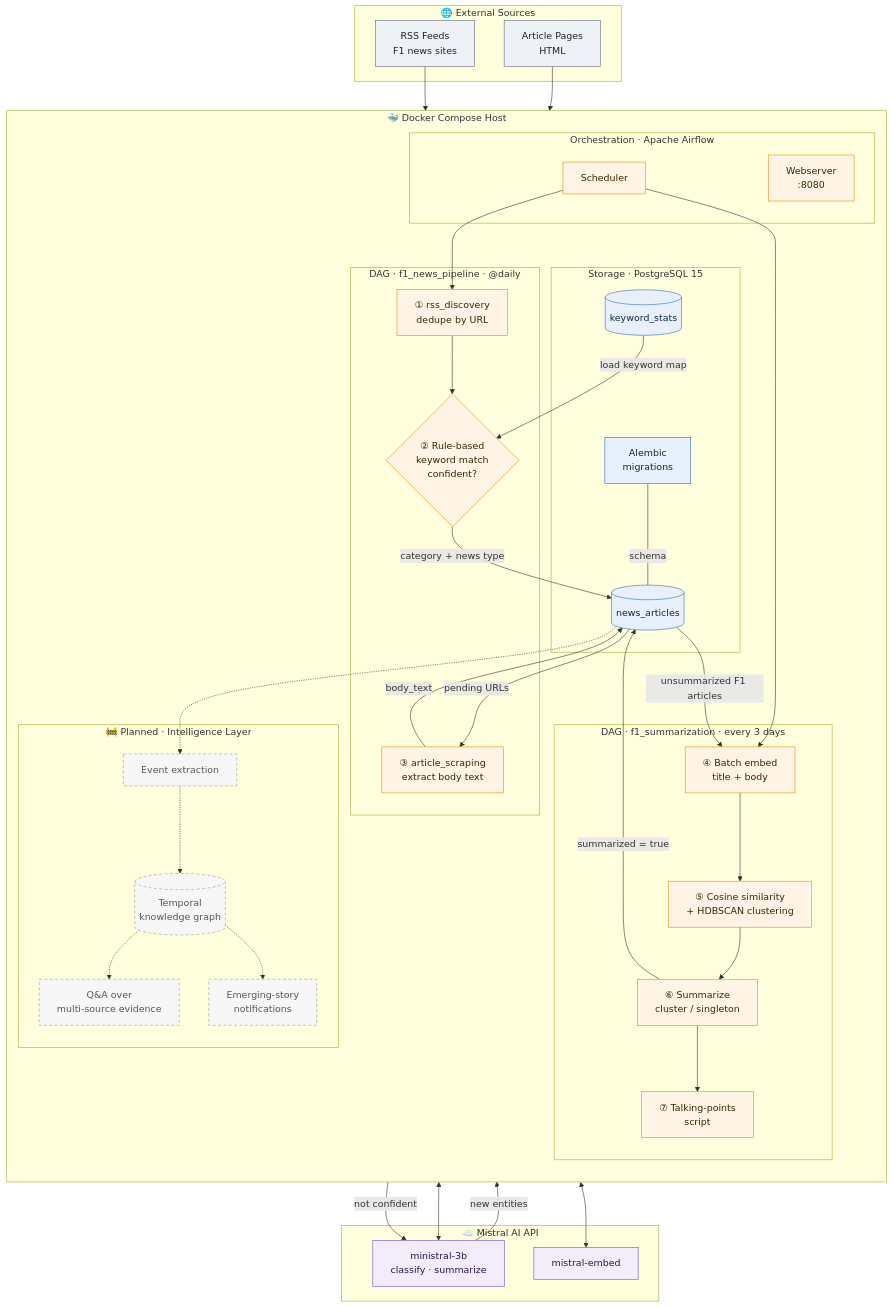
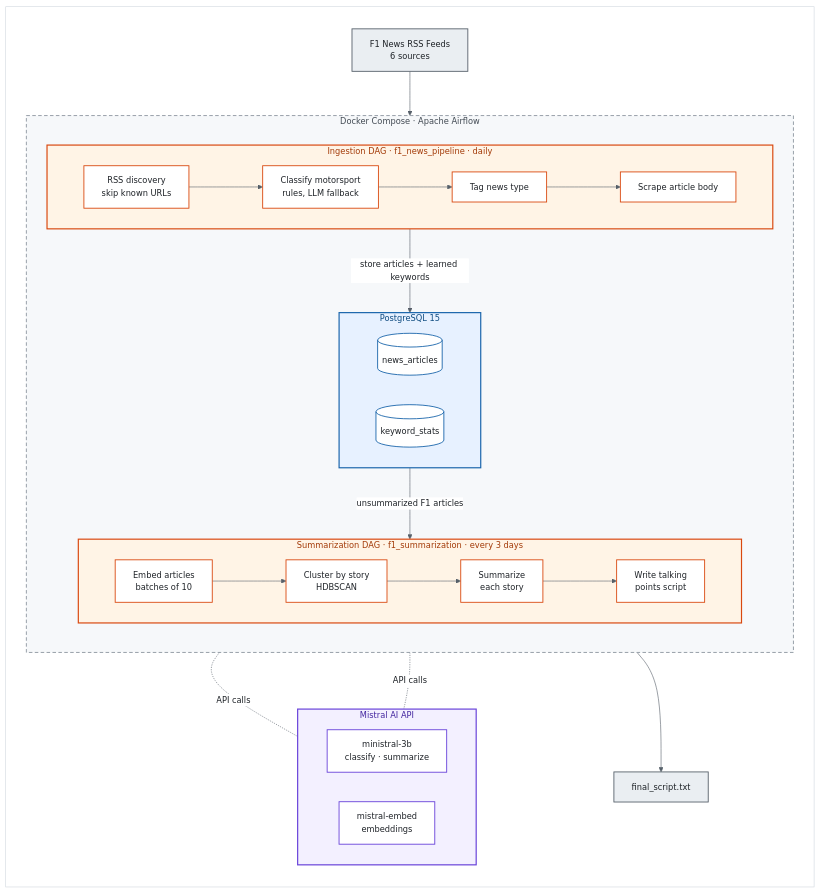
One commit to Sakin101/F1_project changed the diagram in README.md. Above: the diagram before and after it, drawn with Mermaid. The commit also changed other lines of this file, not shown here.

````diff
--- a/README.md
+++ b/README.md
@@ -7,90 +7,64 @@
 ```mermaid
+%%{init: {"theme": "base", "themeVariables": {"fontFamily": "Inter, Segoe UI, Helvetica, Arial, sans-serif", "fontSize": "14px", "primaryColor": "#ffffff", "primaryTextColor": "#1f2328", "primaryBorderColor": "#8c959f", "lineColor": "#57606a", "textColor": "#1f2328", "edgeLabelBackground": "#ffffff", "clusterBkg": "#f6f8fa", "clusterBorder": "#8c959f"}}}%%
 flowchart TB
-    %% ---------- External ----------
-    subgraph EXT["🌐 External Sources"]
-        RSS["RSS Feeds<br/>F1 news sites"]
-        WEB["Article Pages<br/>HTML"]
+    subgraph CANVAS[" "]
+        direction TB
+
+        RSS["F1 News RSS Feeds<br/>6 sources"]
+
+        subgraph HOST["Docker Compose · Apache Airflow"]
+            direction TB
+
+            subgraph ING["Ingestion DAG · f1_news_pipeline · daily"]
+                direction LR
+                A["RSS discovery<br/>skip known URLs"] --> B["Classify motorsport<br/>rules, LLM fallback"] --> C["Tag news type"] --> D["Scrape article body"]
+            end
+
+            subgraph DB["PostgreSQL 15"]
+                direction LR
+                T1[("news_articles")]
+                T2[("keyword_stats")]
+            end
+
+            subgraph SUM["Summarization DAG · f1_summarization · every 3 days"]
+                direction LR
+                E["Embed articles<br/>batches of 10"] --> F["Cluster by story<br/>HDBSCAN"] --> G["Summarize<br/>each story"] --> H["Write talking<br/>points script"]
+            end
+
+            ING -- "store articles + learned keywords" --> DB
+            DB -- "unsummarized F1 articles" --> SUM
+        end
+
+        subgraph AI["Mistral AI API"]
+            direction LR
+            M1["ministral-3b<br/>classify · summarize"]
+            M2["mistral-embed<br/>embeddings"]
+        end
+
+        OUT["final_script.txt"]
+
+        RSS --> ING
+        ING -.-|API calls| AI
+        SUM -.-|API calls| AI
+        SUM --> OUT
     end
 
-    %% ---------- Host ----------
-    subgraph HOST["🐳 Docker Compose Host"]
-        direction TB
+    %% Nodes
+    classDef io fill:#eaeef2,stroke:#57606a,stroke-width:1.5px,color:#1f2328
+    classDef task fill:#ffffff,stroke:#d9480f,stroke-width:1.5px,color:#1f2328
+    classDef table fill:#ffffff,stroke:#1864ab,stroke-width:1.5px,color:#1f2328
+    classDef model fill:#ffffff,stroke:#6741d9,stroke-width:1.5px,color:#1f2328
 
-        subgraph ORCH["Orchestration · Apache Airflow"]
-            SCHED["Scheduler"]
-            UI["Webserver<br/>:8080"]
-        end
+    class RSS,OUT io
+    class A,B,C,D,E,F,G,H task
+    class T1,T2 table
+    class M1,M2 model
 
-        subgraph INGEST["DAG · f1_news_pipeline · @daily"]
-            DISC["① rss_discovery<br/>dedupe by URL"]
-            CLS{"② Rule-based<br/>keyword match<br/>confident?"}
-            SCRAPE["③ article_scraping<br/>extract body text"]
-        end
-
-        subgraph SUMM["DAG · f1_summarization · every 3 days"]
-            EMB["④ Batch embed<br/>title + body"]
-            CLUS["⑤ Cosine similarity<br/>+ HDBSCAN clustering"]
-            SUM["⑥ Summarize<br/>cluster / singleton"]
-            OUT["⑦ Talking-points<br/>script"]
-        end
-
-        subgraph DATA["Storage · PostgreSQL 15"]
-            ART[("news_articles")]
-            KW[("keyword_stats")]
-            MIG["Alembic<br/>migrations"]
-        end
-
-        subgraph PLAN["🚧 Planned · Intelligence Layer"]
-            EVT["Event extraction"]
-            KG[("Temporal<br/>knowledge graph")]
-            QA["Q&A over<br/>multi-source evidence"]
-            ALERT["Emerging-story<br/>notifications"]
-        end
-    end
-
-    %% ---------- AI Provider ----------
-    subgraph AI["☁️ Mistral AI API"]
-        LLM["ministral-3b<br/>classify · summarize"]
-        EMBM["mistral-embed"]
-    end
-
-    %% ---------- Flows (built) ----------
-    SCHED --> DISC
-    SCHED --> EMB
-    RSS --> DISC
-    DISC --> CLS
-    CLS -- "not confident" --> LLM
-    LLM -- "new entities" --> KW
-    KW -- "load keyword map" --> CLS
-    CLS -- "category + news type" --> ART
-    ART -- "pending URLs" --> SCRAPE
-    WEB --> SCRAPE
-    SCRAPE -- "body_text" --> ART
-
-    ART -- "unsummarized F1 articles" --> EMB
-    EMB <--> EMBM
-    EMB --> CLUS --> SUM
-    SUM <--> LLM
-    SUM --> OUT
-    SUM -- "summarized = true" --> ART
-    MIG -- "schema" --- ART
-
-    %% ---------- Flows (planned) ----------
-    ART -.-> EVT
-    EVT -.-> KG
-    KG -.-> QA
-    KG -.-> ALERT
-
-    %% ---------- Styles ----------
-    classDef ext fill:#eef2f7,stroke:#5b6b82,color:#1b2430
-    classDef compute fill:#fff4e5,stroke:#e8890c,color:#3a2400
-    classDef store fill:#e8f1fb,stroke:#2f6fb5,color:#0d2742
-    classDef ai fill:#f3ecfb,stroke:#7a4cc2,color:#2a1250
-    classDef planned fill:#f7f7f7,stroke:#9a9a9a,stroke-dasharray:5 4,color:#555
-
-    class RSS,WEB ext
-    class SCHED,UI,DISC,CLS,SCRAPE,EMB,CLUS,SUM,OUT compute
-    class ART,KW,MIG store
-    class LLM,EMBM ai
-    class EVT,KG,QA,ALERT planned
+    %% Containers
+    style CANVAS fill:#ffffff,stroke:#d0d7de,stroke-width:1px,color:#1f2328
+    style HOST fill:#f6f8fa,stroke:#8c959f,stroke-width:1.5px,stroke-dasharray:6 4,color:#424a53
+    style ING fill:#fff4e6,stroke:#d9480f,stroke-width:2px,color:#a33a08
+    style SUM fill:#fff4e6,stroke:#d9480f,stroke-width:2px,color:#a33a08
+    style DB fill:#e7f1ff,stroke:#1864ab,stroke-width:2px,color:#0f4c81
+    style AI fill:#f3f0ff,stroke:#6741d9,stroke-width:2px,color:#4527a0
 ```
````
